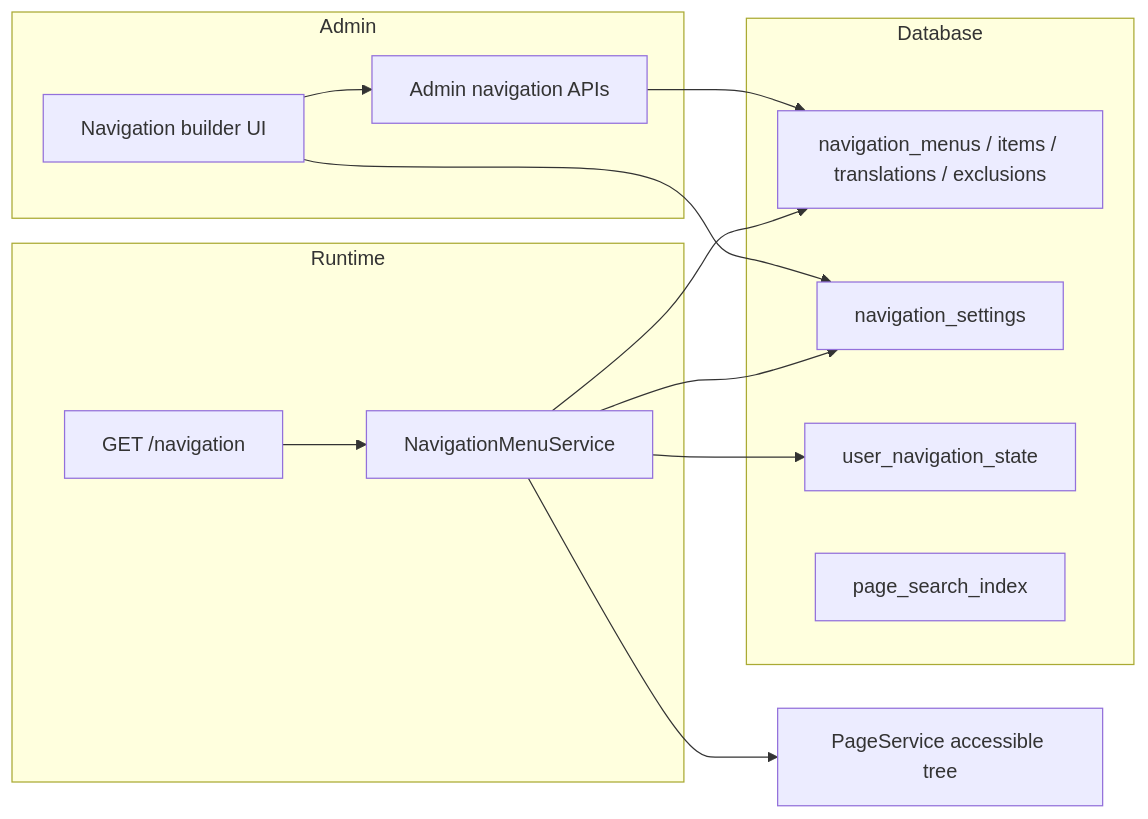
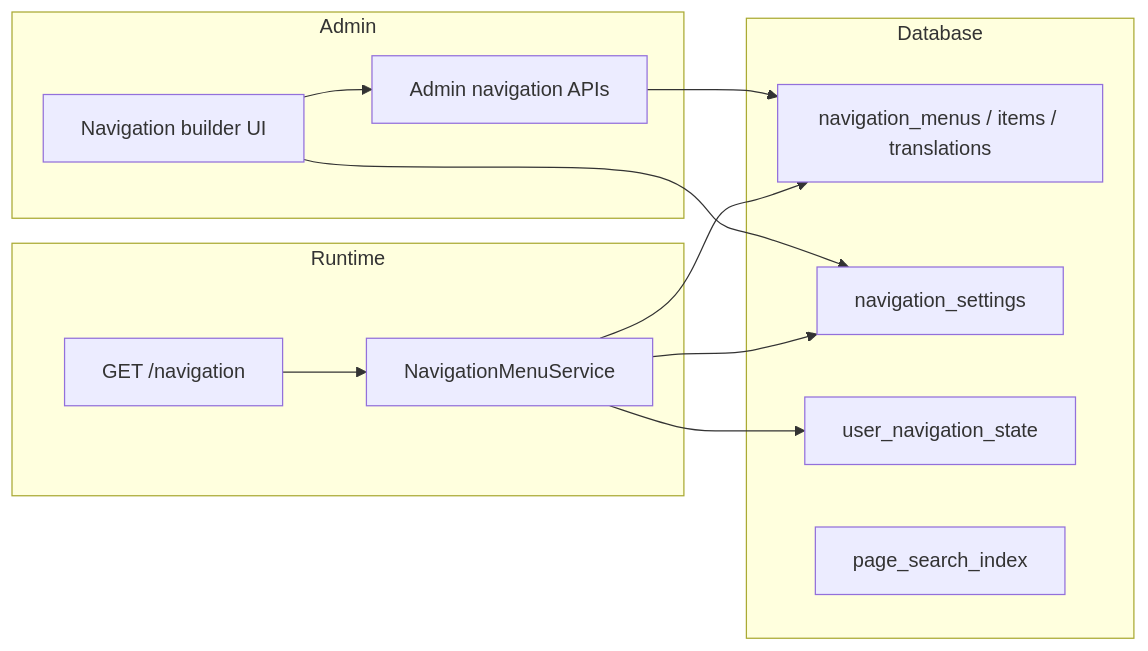
The diagram in docs/developer/29-navigation-menu-builder.md (humdek-unibe-ch/sh-selfhelp_backend), drawn with Mermaid before and after one commit. The commit also changed other lines of this file and 30 other files, not shown here.

First line of the commit message:
feat(navigation): simplify menu items with icons, translations, and bulk children

````diff
--- a/docs/developer/29-navigation-menu-builder.md
+++ b/docs/developer/29-navigation-menu-builder.md
@@ -26,24 +26,23 @@
 ```mermaid
 flowchart LR
     subgraph admin [Admin]
         Builder[Navigation builder UI]
         AdminAPI[Admin navigation APIs]
     end
     subgraph storage [Database]
-        Menus[navigation_menus / items / translations / exclusions]
+        Menus[navigation_menus / items / translations]
         Settings[navigation_settings]
         State[user_navigation_state]
         SearchIdx[page_search_index]
     end
     subgraph runtime [Runtime]
         NavSvc[NavigationMenuService]
         PublicAPI[GET /navigation]
     end
     Builder --> AdminAPI --> Menus
     Builder --> Settings
     PublicAPI --> NavSvc
     NavSvc --> Menus
     NavSvc --> Settings
     NavSvc --> State
-    NavSvc --> PageSvc[PageService accessible tree]
 ```
````
